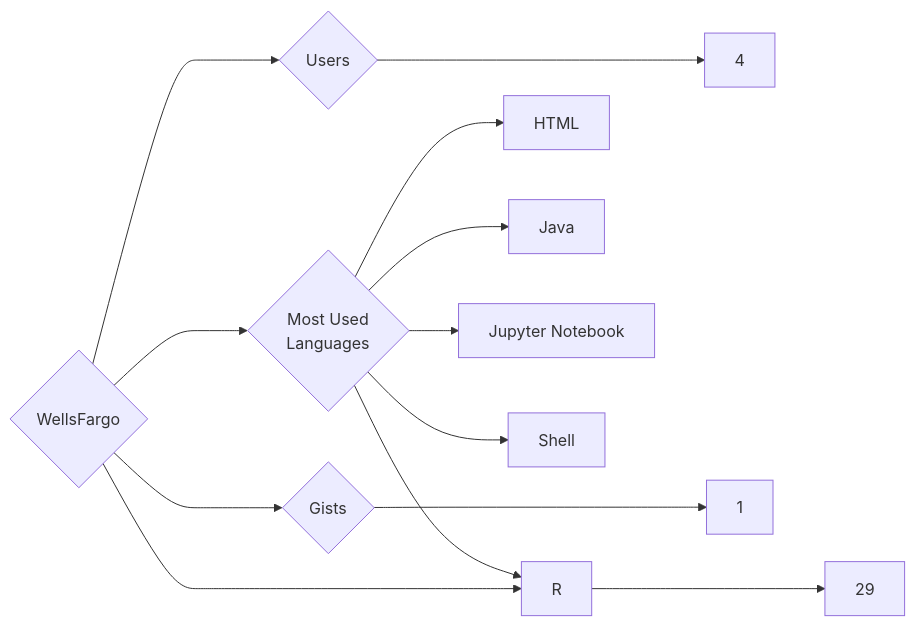
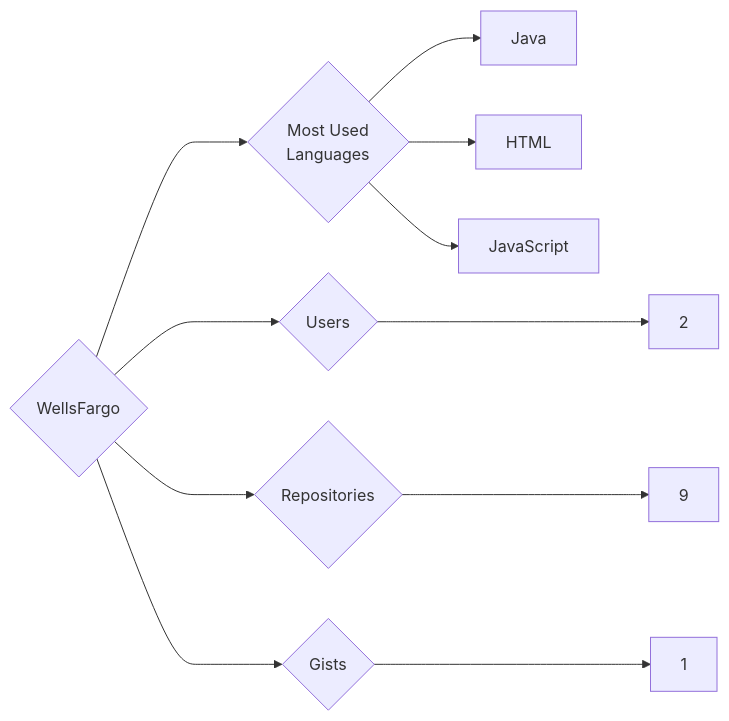
Before and after one commit to trickest/insiders: the diagram in targets/WellsFargo/README.md, drawn with Mermaid. The commit also changed 814 other files, not shown here.

````diff
--- a/targets/WellsFargo/README.md
+++ b/targets/WellsFargo/README.md
@@ -3,13 +3,11 @@
 ```mermaid
 graph LR
 COMPANY_NAME{WellsFargo}
-COMPANY_NAME ---> U{Users} ---> UN[4]
-COMPANY_NAME ---> R{Repositories} ---> RN[29]
+COMPANY_NAME ---> U{Users} ---> UN[2]
+COMPANY_NAME ---> R{Repositories} ---> RN[9]
 COMPANY_NAME ---> G{Gists} ---> GN[1]
 COMPANY_NAME ---> ML{Most Used<br>Languages}
+ML --> Java[Java]
 ML --> HTML[HTML]
-ML --> R[R]
-ML --> Java[Java]
-ML --> Jupyter_Notebook[Jupyter Notebook]
-ML --> Shell[Shell]
+ML --> JavaScript[JavaScript]
 ```
````
